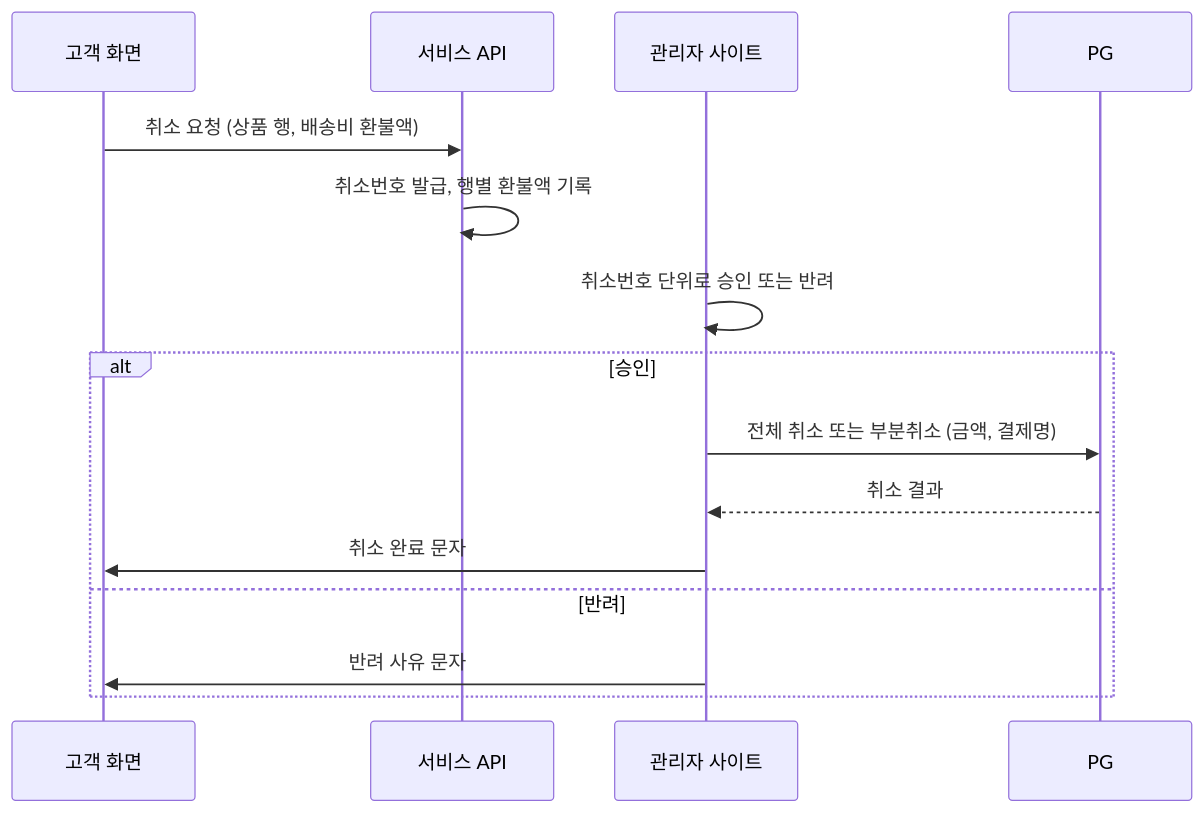
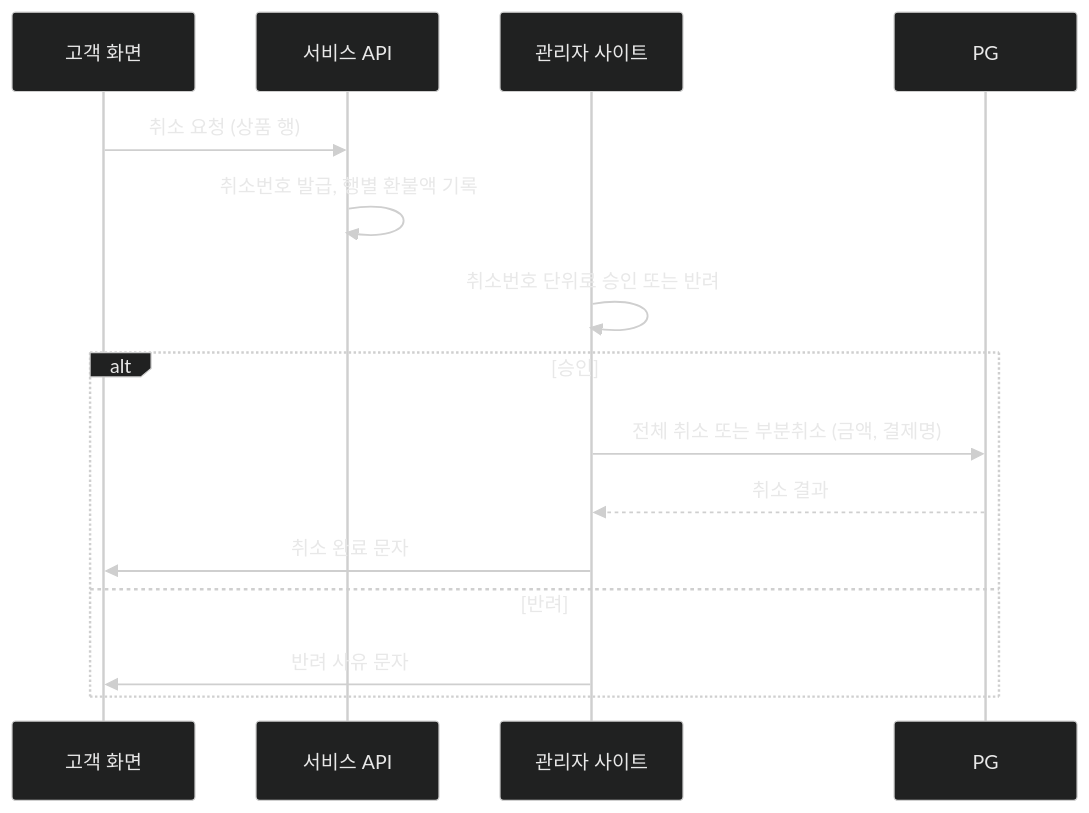
The diagram in _posts/2026-11-14-partial-cancel.md (seo-yk/seo-yk.github.io), drawn with Mermaid before and after one commit. The commit also changed other lines of this file, not shown here.

````diff
--- a/_posts/2026-11-14-partial-cancel.md
+++ b/_posts/2026-11-14-partial-cancel.md
@@ -190,19 +148,20 @@
 ```mermaid
+%%{init: {'theme':'base','themeVariables':{'fontFamily':'inherit','background':'#3c3d3d','primaryColor':'#202121','primaryBorderColor':'#cfcfcf','primaryTextColor':'#e8e8e8','lineColor':'#cfcfcf','textColor':'#e8e8e8','actorBkg':'#202121','actorBorder':'#cfcfcf','actorTextColor':'#e8e8e8','actorLineColor':'#cfcfcf','signalColor':'#cfcfcf','signalTextColor':'#e8e8e8','noteBkgColor':'#484949','noteBorderColor':'#5c5c5c','noteTextColor':'#d0d0d0','labelBoxBkgColor':'#202121','labelBoxBorderColor':'#cfcfcf','labelTextColor':'#e8e8e8','loopTextColor':'#e8e8e8','edgeLabelBackground':'#3c3d3d','clusterBkg':'#484949','clusterBorder':'#5c5c5c'}}}%%
 sequenceDiagram
     participant C as 고객 화면
     participant API as 서비스 API
     participant A as 관리자 사이트
     participant PG as PG
 
-    C->>API: 취소 요청 (상품 행, 배송비 환불액)
+    C->>API: 취소 요청 (상품 행)
     API->>API: 취소번호 발급, 행별 환불액 기록
     A->>A: 취소번호 단위로 승인 또는 반려
 
     alt 승인
         A->>PG: 전체 취소 또는 부분취소 (금액, 결제명)
         PG-->>A: 취소 결과
         A->>C: 취소 완료 문자
     else 반려
         A->>C: 반려 사유 문자
     end
 ```
````
